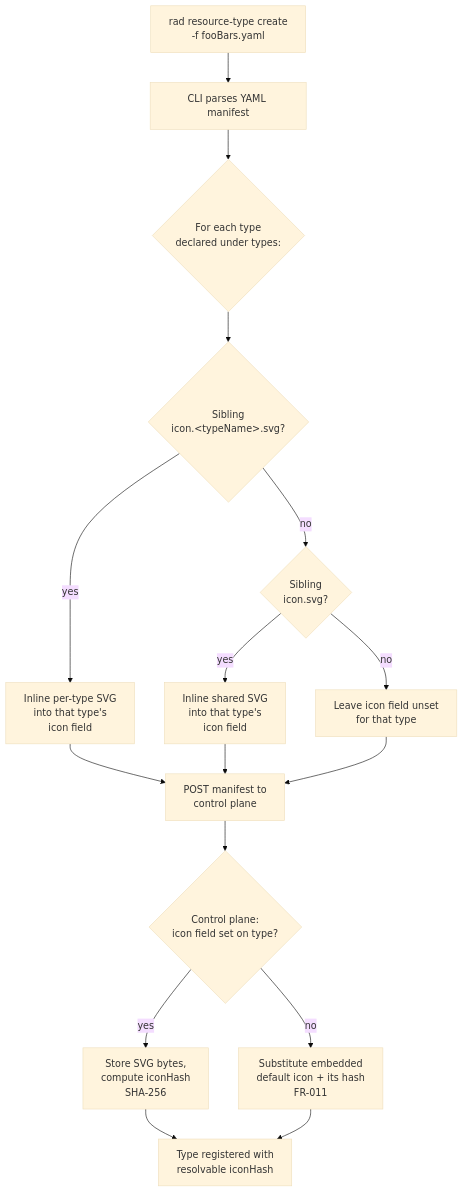
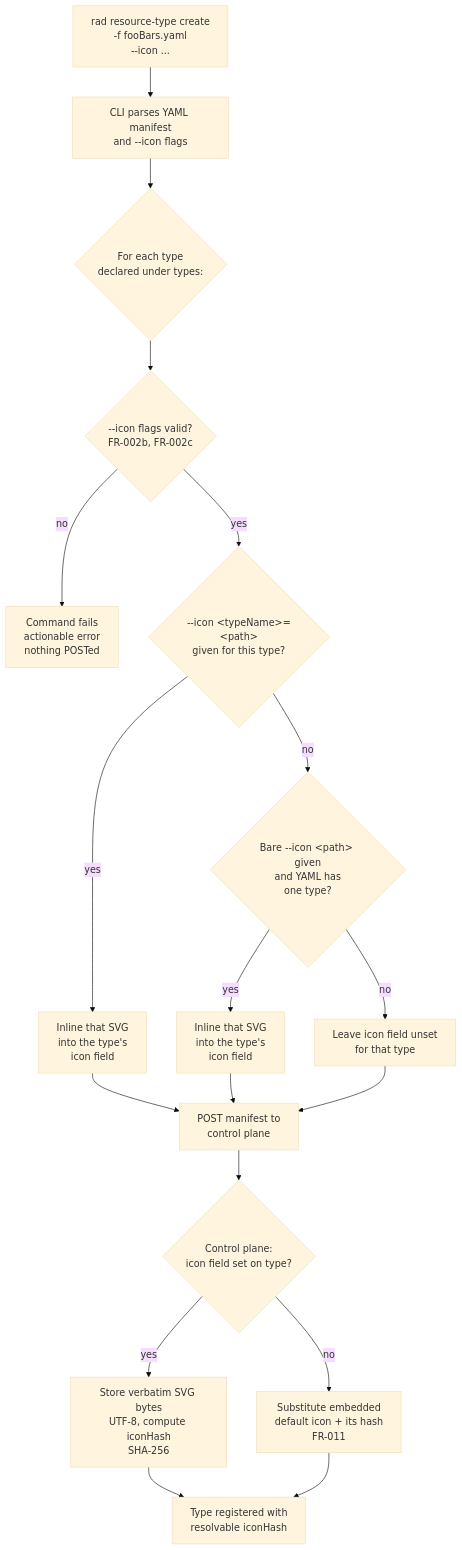
Before and after one commit to radius-project/radius: the third of 4 diagrams in specs/003-resource-type-icons/spec.md, drawn with Mermaid (base theme). The commit also changed other lines of this file and 1 other file, not shown here.

````diff
--- a/specs/003-resource-type-icons/spec.md
+++ b/specs/003-resource-type-icons/spec.md
@@ -57,18 +57,20 @@
 ```mermaid
 flowchart TD
-    Start[rad resource-type create<br/>-f fooBars.yaml] --> P[CLI parses YAML manifest]
+    Start[rad resource-type create<br/>-f fooBars.yaml<br/>--icon ...] --> P[CLI parses YAML manifest<br/>and --icon flags]
     P --> Loop{For each type<br/>declared under types:}
-    Loop --> R1{Sibling<br/>icon.&lt;typeName&gt;.svg?}
-    R1 -- yes --> Inline1[Inline per-type SVG<br/>into that type's<br/>icon field]
-    R1 -- no --> R2{Sibling<br/>icon.svg?}
-    R2 -- yes --> Inline2[Inline shared SVG<br/>into that type's<br/>icon field]
+    Loop --> Valid{--icon flags valid?<br/>FR-002b, FR-002c}
+    Valid -- no --> Err[Command fails<br/>actionable error<br/>nothing POSTed]
+    Valid -- yes --> R1{--icon &lt;typeName&gt;=&lt;path&gt;<br/>given for this type?}
+    R1 -- yes --> Inline1[Inline that SVG<br/>into the type's<br/>icon field]
+    R1 -- no --> R2{Bare --icon &lt;path&gt; given<br/>and YAML has<br/>one type?}
+    R2 -- yes --> Inline2[Inline that SVG<br/>into the type's<br/>icon field]
     R2 -- no --> Leave[Leave icon field unset<br/>for that type]
     Inline1 --> Send
     Inline2 --> Send
     Leave --> Send[POST manifest to<br/>control plane]
     Send --> CP{Control plane:<br/>icon field set on type?}
-    CP -- yes --> Store[Store SVG bytes,<br/>compute iconHash<br/>SHA-256]
+    CP -- yes --> Store[Store verbatim SVG bytes<br/>UTF-8, compute iconHash<br/>SHA-256]
     CP -- no --> Sub[Substitute embedded<br/>default icon + its hash<br/>FR-011]
     Store --> Done[Type registered with<br/>resolvable iconHash]
     Sub --> Done
 ```
````
